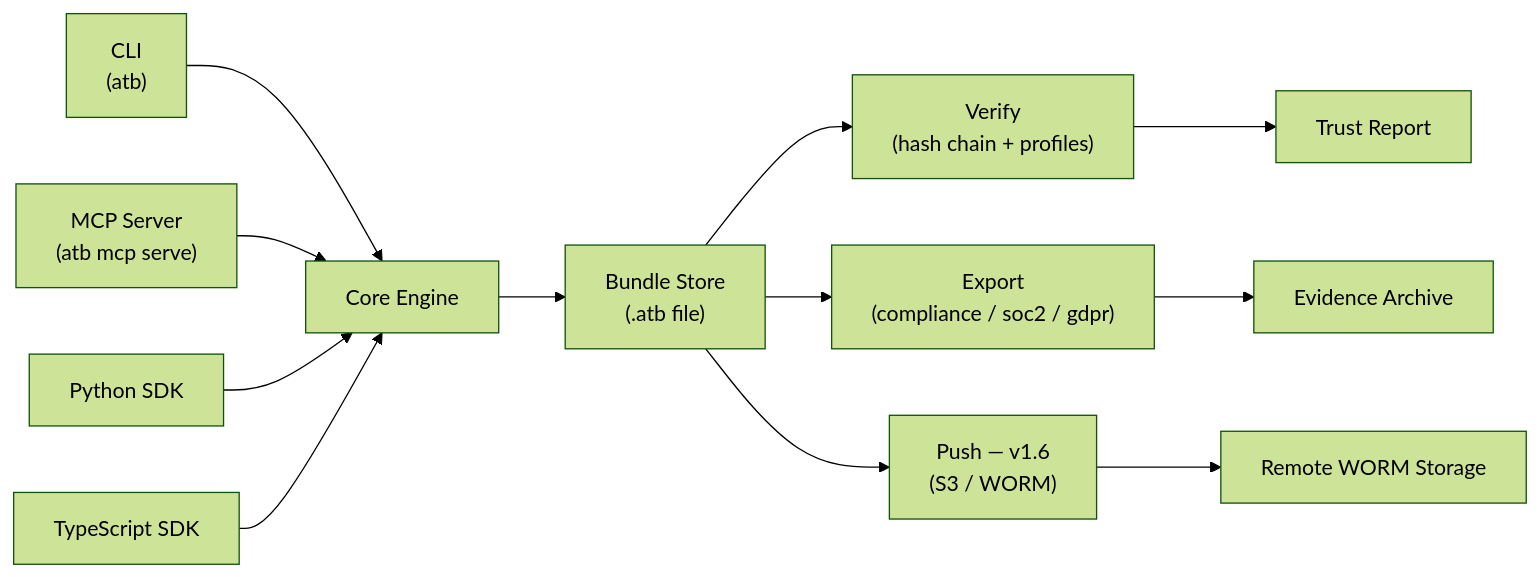
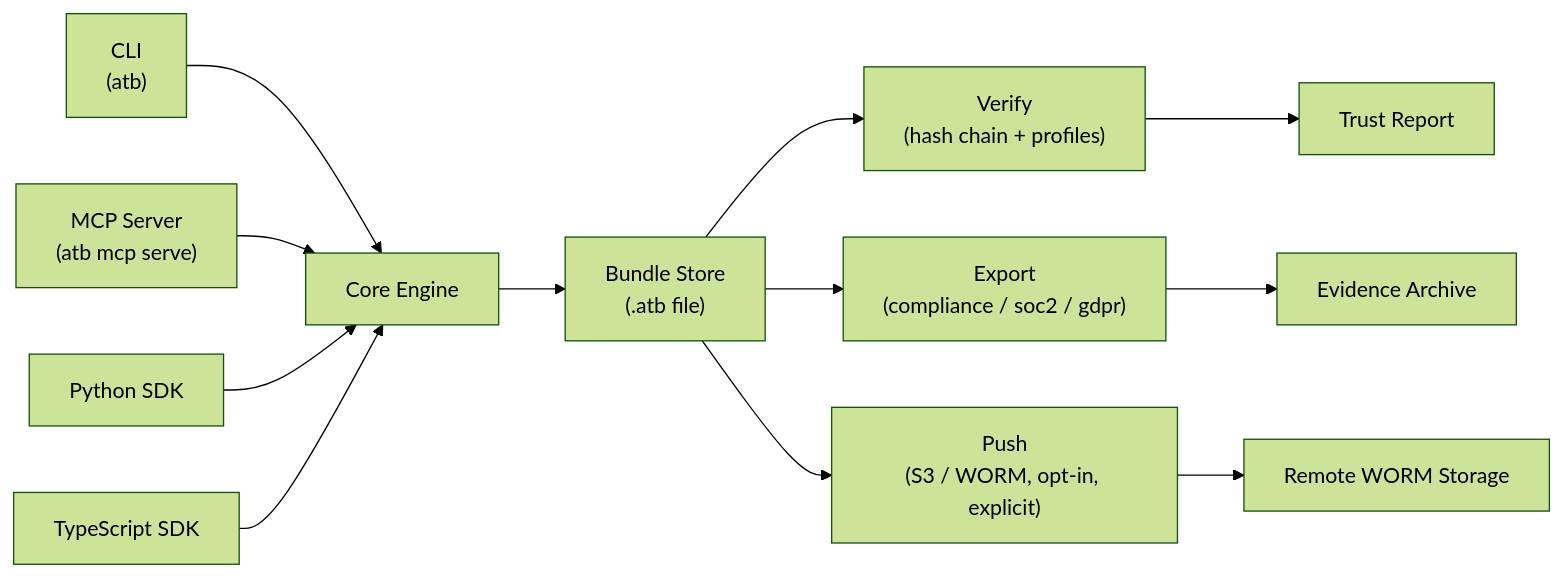
The diagram in docs/architecture.md (pcguest/atb), drawn with Mermaid (forest theme) before and after one commit. The commit also changed other lines of this file, not shown here.

Commit message:
docs: fix stale push architecture reference (was v1.6 planned, now v1.5.1)

````diff
--- a/docs/architecture.md
+++ b/docs/architecture.md
@@ -5,14 +5,14 @@
 ```mermaid
 flowchart LR
     CLI["CLI<br/>(atb)"] --> Core["Core Engine"]
     MCP["MCP Server<br/>(atb mcp serve)"] --> Core
     PythonSDK["Python SDK"] --> Core
     TypeScriptSDK["TypeScript SDK"] --> Core
     Core --> BundleStore["Bundle Store<br/>(.atb file)"]
     BundleStore --> Verify["Verify<br/>(hash chain + profiles)"]
     BundleStore --> Export["Export<br/>(compliance / soc2 / gdpr)"]
-    BundleStore --> Push["Push — v1.6<br/>(S3 / WORM)"]
+    BundleStore --> Push["Push<br/>(S3 / WORM, opt-in, explicit)"]
     Verify --> Report["Trust Report"]
     Export --> Archive["Evidence Archive"]
     Push --> RemoteStorage["Remote WORM Storage"]
 ```
````
